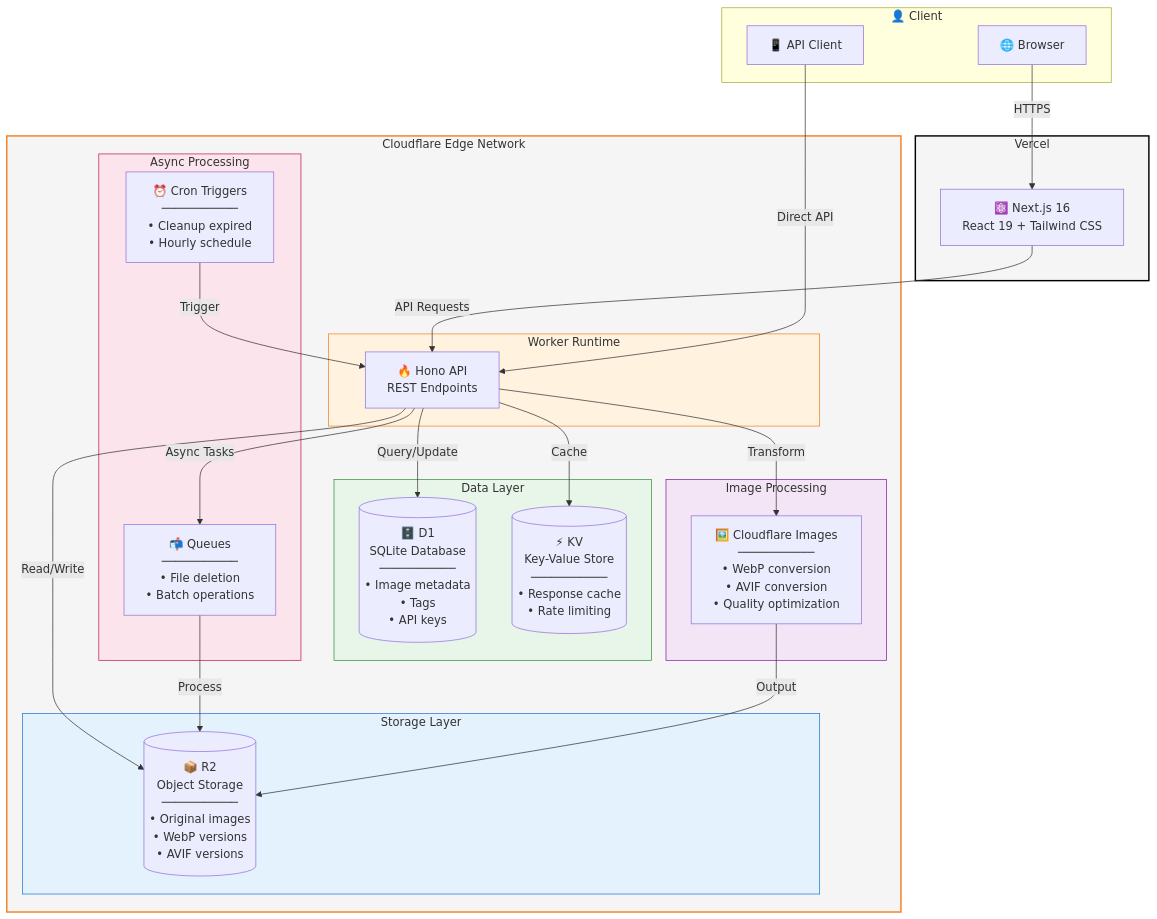
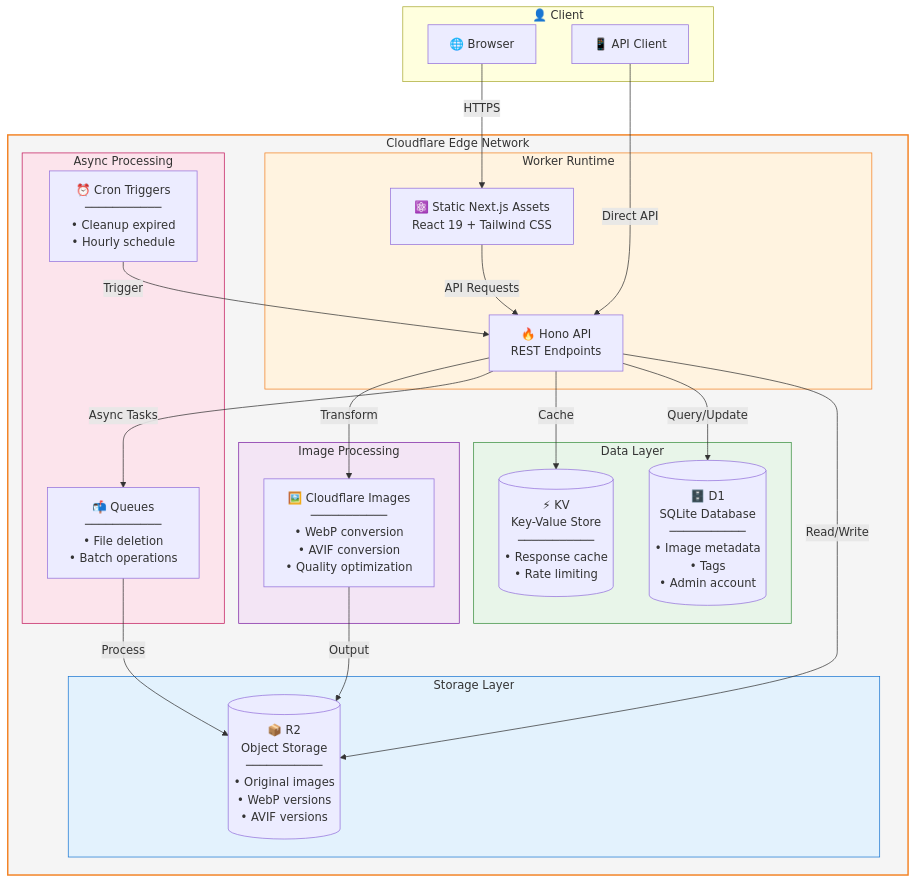
One commit to swtmaxx/CattoPic changed the diagram in README.md. Above: the diagram before and after it, drawn with Mermaid. The commit also changed other lines of this file and 17 other files, not shown here.

````diff
--- a/README.md
+++ b/README.md
@@ -9,57 +9,53 @@
 ```mermaid
 flowchart TB
     subgraph Client["👤 Client"]
         Browser["🌐 Browser"]
         API_Client["📱 API Client"]
     end
 
-    subgraph Vercel["Vercel"]
-        NextJS["⚛️ Next.js 16<br/>React 19 + Tailwind CSS"]
-    end
-
     subgraph Cloudflare["Cloudflare Edge Network"]
         subgraph Worker["Worker Runtime"]
+            NextJS["⚛️ Static Next.js Assets<br/>React 19 + Tailwind CSS"]
             Hono["🔥 Hono API<br/>REST Endpoints"]
         end
 
         subgraph Storage["Storage Layer"]
             R2[("📦 R2<br/>Object Storage<br/>───────────<br/>• Original images<br/>• WebP versions<br/>• AVIF versions")]
         end
 
         subgraph Data["Data Layer"]
-            D1[("🗄️ D1<br/>SQLite Database<br/>───────────<br/>• Image metadata<br/>• Tags<br/>• API keys")]
+            D1[("🗄️ D1<br/>SQLite Database<br/>───────────<br/>• Image metadata<br/>• Tags<br/>• Admin account")]
             KV[("⚡ KV<br/>Key-Value Store<br/>───────────<br/>• Response cache<br/>• Rate limiting")]
         end
 
         subgraph Async["Async Processing"]
             Queue["📬 Queues<br/>───────────<br/>• File deletion<br/>• Batch operations"]
             Cron["⏰ Cron Triggers<br/>───────────<br/>• Cleanup expired<br/>• Hourly schedule"]
         end
 
         subgraph Transform["Image Processing"]
             Images["🖼️ Cloudflare Images<br/>───────────<br/>• WebP conversion<br/>• AVIF conversion<br/>• Quality optimization"]
         end
     end
 
     Browser -->|"HTTPS"| NextJS
     NextJS -->|"API Requests"| Hono
     API_Client -->|"Direct API"| Hono
 
     Hono -->|"Read/Write"| R2
     Hono -->|"Query/Update"| D1
     Hono -->|"Cache"| KV
     Hono -->|"Async Tasks"| Queue
     Hono -->|"Transform"| Images
 
     Queue -->|"Process"| R2
     Cron -->|"Trigger"| Hono
     Images -->|"Output"| R2
 
     style Cloudflare fill:#f5f5f5,stroke:#f38020,stroke-width:2px
-    style Vercel fill:#f5f5f5,stroke:#000,stroke-width:2px
     style Worker fill:#fff3e0,stroke:#f38020
     style Storage fill:#e3f2fd,stroke:#1976d2
     style Data fill:#e8f5e9,stroke:#388e3c
     style Async fill:#fce4ec,stroke:#c2185b
     style Transform fill:#f3e5f5,stroke:#7b1fa2
 ```
````
